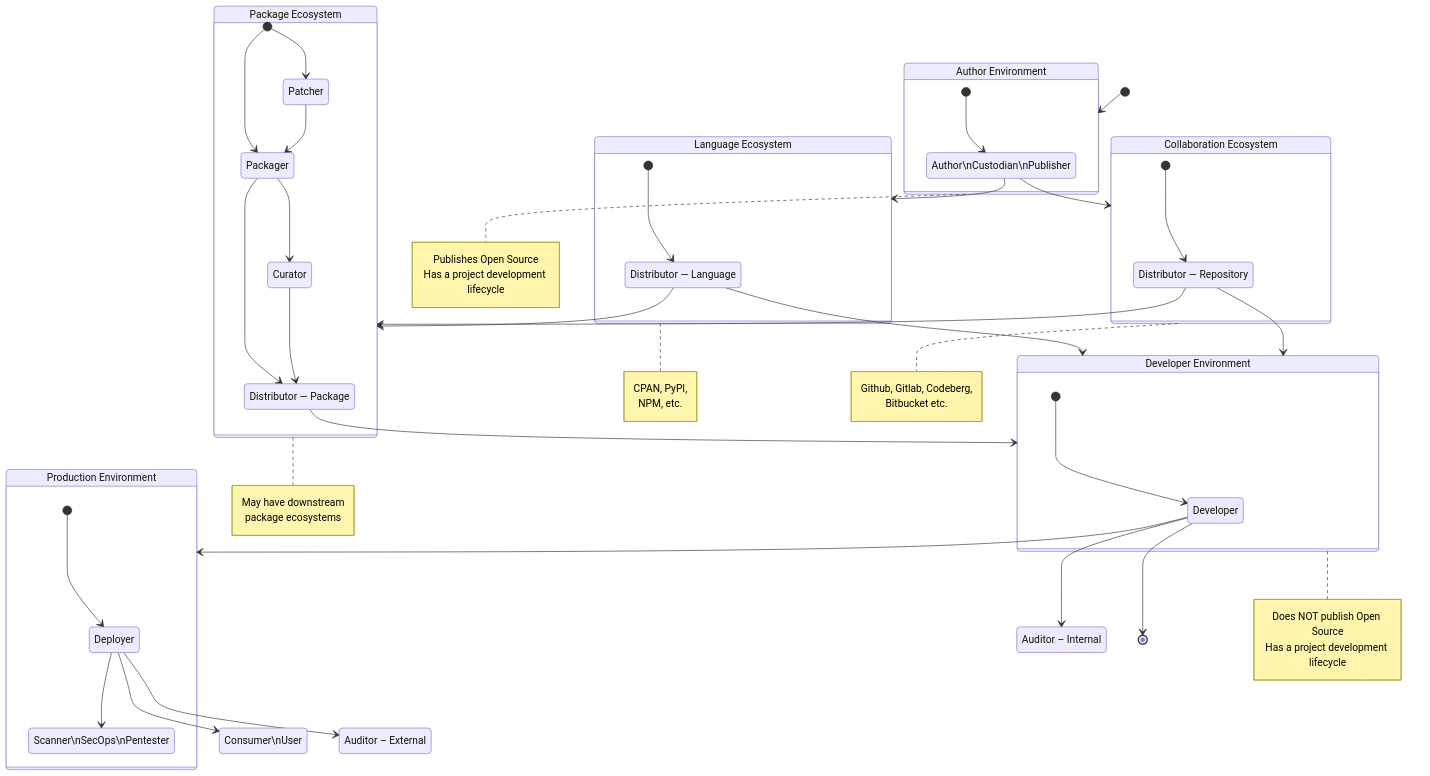
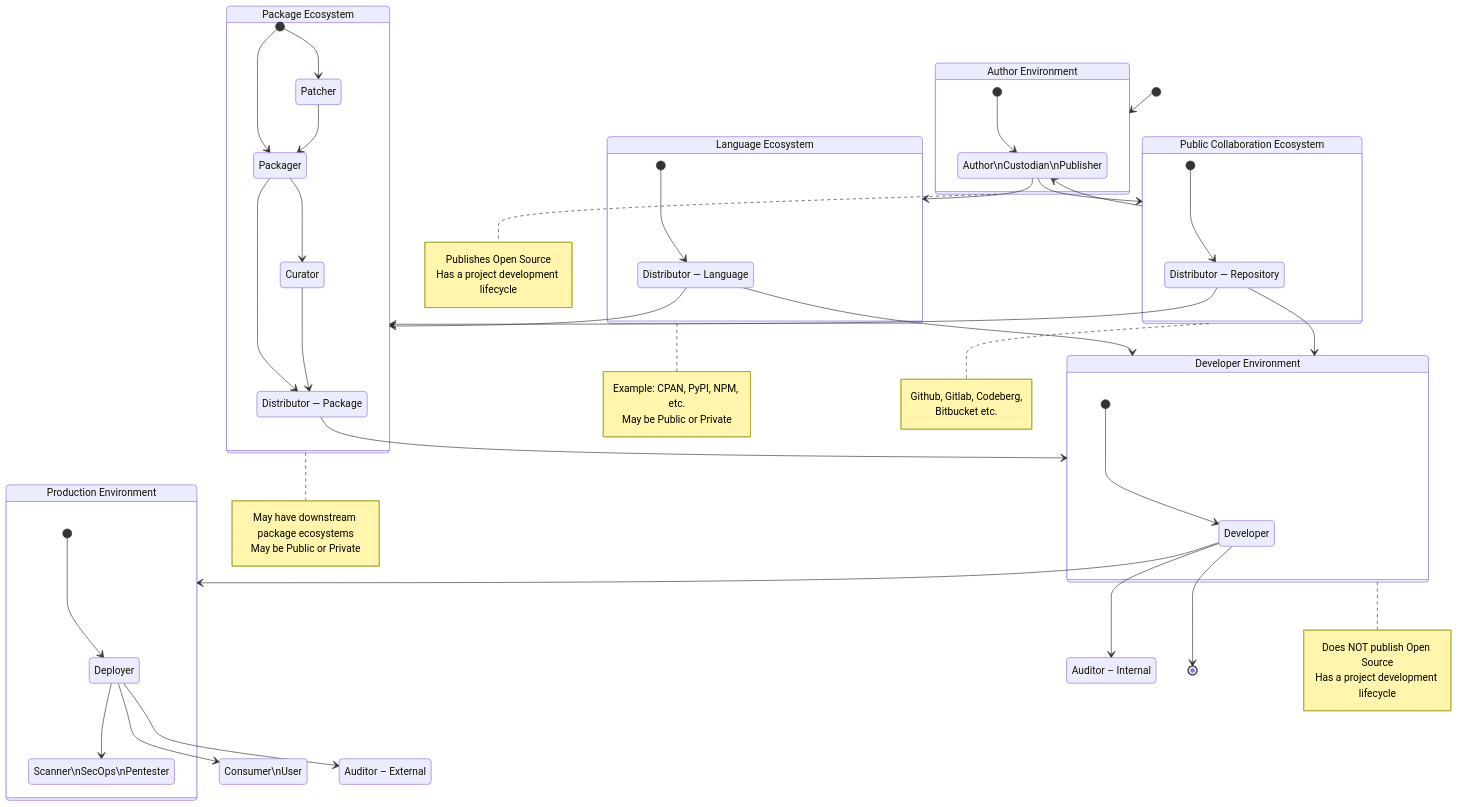
One commit to CPAN-Security/security.metacpan.org changed the diagram in sbom/README.md. Above: the diagram before and after it, drawn with Mermaid. The commit also changed other lines of this file, not shown here.

```diff
--- a/sbom/README.md
+++ b/sbom/README.md
@@ -46,6 +47,7 @@
     }
 
     author --> ecosystem_repo
+    ecosystem_repo --> author
     author --> ecosystem_lang
 
     note right of ecosystem_author
@@ -61,11 +63,11 @@
     distributor_lang --> ecosystem_package
 
     note right of ecosystem_lang
-        CPAN, PyPI,
-        NPM, etc.
+        Example: CPAN, PyPI, NPM, etc.
+        May be Public or Private
     end note
 
-    state "Collaboration Ecosystem" as ecosystem_repo {
+    state "Public Collaboration Ecosystem" as ecosystem_repo {
         [*] --> distributor_repo
     }
 
@@ -87,8 +89,8 @@
     }
 
     note right of ecosystem_package
-        May have downstream
-        package ecosystems
+        May have downstream package ecosystems
+        May be Public or Private
     end note
 
     distributor_package --> ecosystem_developer
@@ -100,7 +102,6 @@
     note right of ecosystem_developer
         Does NOT publish Open Source
         Has a project development lifecycle
-
     end note
 
     developer --> auditor_internal
```
